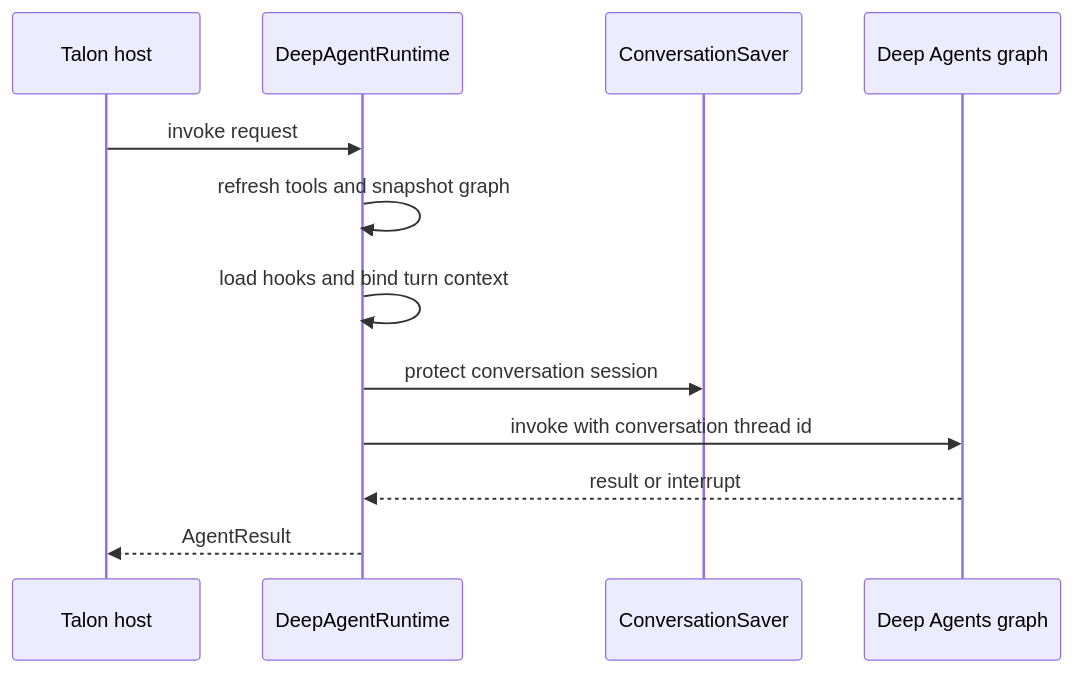
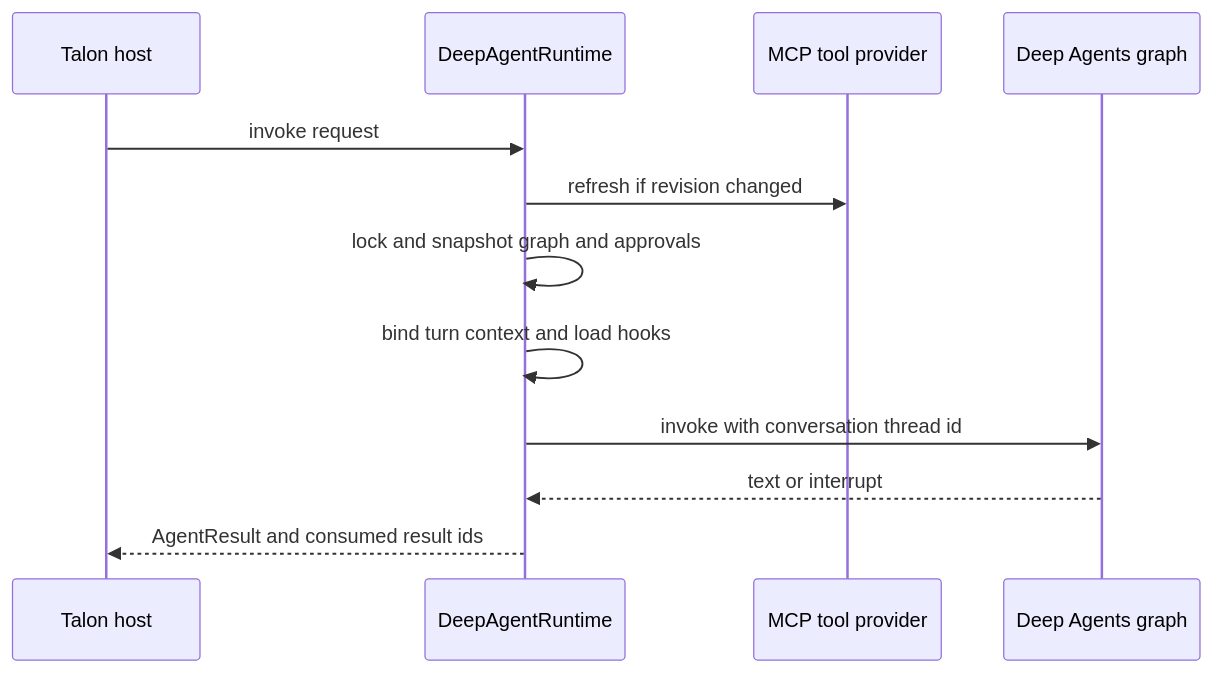
Before and after one commit to langchain-ai/deepagents: the second of 3 diagrams in openwiki/architecture/source-map.md, drawn with Mermaid. The commit also changed other lines of this file and 25 other files, not shown here.

````diff
--- a/openwiki/architecture/source-map.md
+++ b/openwiki/architecture/source-map.md
@@ -137,14 +125,14 @@
 ```mermaid
 sequenceDiagram
   participant Host as Talon host
   participant Runtime as DeepAgentRuntime
-  participant Saver as ConversationSaver
+  participant Provider as MCP tool provider
   participant Graph as Deep Agents graph
   Host->>Runtime: invoke request
-  Runtime->>Runtime: refresh tools and snapshot graph
-  Runtime->>Runtime: load hooks and bind turn context
-  Runtime->>Saver: protect conversation session
+  Runtime->>Provider: refresh if revision changed
+  Runtime->>Runtime: lock and snapshot graph and approvals
+  Runtime->>Runtime: bind turn context and load hooks
   Runtime->>Graph: invoke with conversation thread id
-  Graph-->>Runtime: result or interrupt
-  Runtime-->>Host: AgentResult
+  Graph-->>Runtime: text or interrupt
+  Runtime-->>Host: AgentResult and consumed result ids
 ```
````
